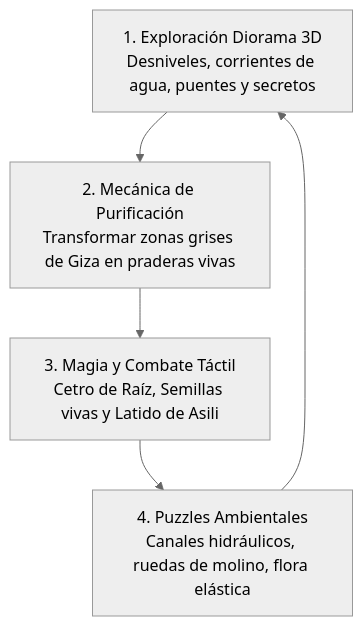
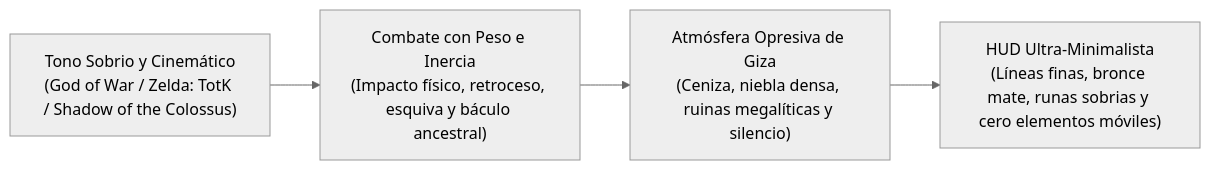
The diagram in documentacion/gameplay_y_ui_3d.md (maiinf/maisha), drawn with Mermaid (neutral theme) before and after one commit. The commit also changed other lines of this file and 1 other file, not shown here.

Commit message:
feat(ui): viraje total a tono AAA serio, sobrio y cinematico (God of War / Zelda) para gameplay y HUD

````diff
--- a/documentacion/gameplay_y_ui_3d.md
+++ b/documentacion/gameplay_y_ui_3d.md
@@ -11,7 +12,6 @@
 ```mermaid
-flowchart TD
-    Exploracion["1. Exploración Diorama 3D<br/>Desniveles, corrientes de agua, puentes y secretos"] --> Purificacion["2. Mecánica de Purificación<br/>Transformar zonas grises de Giza en praderas vivas"]
-    Purificacion --> Combate["3. Magia y Combate Táctil<br/>Cetro de Raíz, Semillas vivas y Latido de Asili"]
-    Combate --> Puzzles["4. Puzzles Ambientales<br/>Canales hidráulicos, ruedas de molino, flora elástica"]
-    Puzzles --> Exploracion
+flowchart LR
+    A["Tono Sobrio y Cinemático<br/>(God of War / Zelda: TotK / Shadow of the Colossus)"] --> B["Combate con Peso e Inercia<br/>(Impacto físico, retroceso, esquiva y báculo ancestral)"]
+    B --> C["Atmósfera Opresiva de Giza<br/>(Ceniza, niebla densa, ruinas megalíticas y silencio)"]
+    C --> D["HUD Ultra-Minimalista<br/>(Líneas finas, bronce mate, runas sobrias y cero elementos móviles)"]
 ```
````
